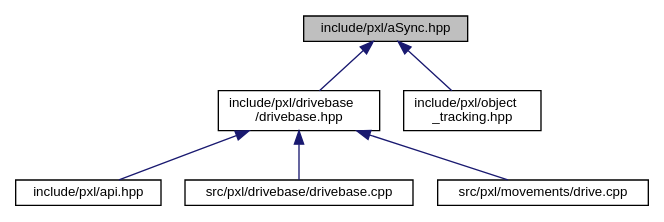
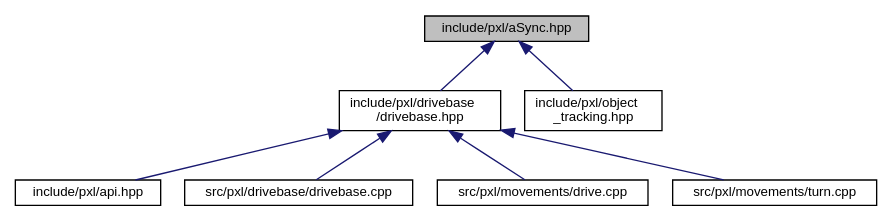
One commit to Pixel-Lib/Pixel changed the diagram in aSync_8hpp__dep__incl.dot. Above: the diagram before and after it, drawn with Graphviz. The commit also changed 232 other files, not shown here.

```diff
--- a/aSync_8hpp__dep__incl.dot
+++ b/aSync_8hpp__dep__incl.dot
@@ -1,17 +1,19 @@
 digraph "include/pxl/aSync.hpp"
 {
  // LATEX_PDF_SIZE
   edge [fontname="Helvetica",fontsize="10",labelfontname="Helvetica",labelfontsize="10"];
   node [fontname="Helvetica",fontsize="10",shape=record];
   Node1 [label="include/pxl/aSync.hpp",height=0.2,width=0.4,color="black", fillcolor="grey75", style="filled", fontcolor="black",tooltip=" "];
   Node1 -> Node2 [dir="back",color="midnightblue",fontsize="10",style="solid",fontname="Helvetica"];
   Node2 [label="include/pxl/drivebase\l/drivebase.hpp",height=0.2,width=0.4,color="black", fillcolor="white", style="filled",URL="$drivebase_8hpp.html",tooltip=" "];
   Node2 -> Node3 [dir="back",color="midnightblue",fontsize="10",style="solid",fontname="Helvetica"];
   Node3 [label="include/pxl/api.hpp",height=0.2,width=0.4,color="black", fillcolor="white", style="filled",URL="$api_8hpp.html",tooltip=" "];
   Node2 -> Node4 [dir="back",color="midnightblue",fontsize="10",style="solid",fontname="Helvetica"];
   Node4 [label="src/pxl/drivebase/drivebase.cpp",height=0.2,width=0.4,color="black", fillcolor="white", style="filled",URL="$drivebase_8cpp.html",tooltip=" "];
   Node2 -> Node5 [dir="back",color="midnightblue",fontsize="10",style="solid",fontname="Helvetica"];
   Node5 [label="src/pxl/movements/drive.cpp",height=0.2,width=0.4,color="black", fillcolor="white", style="filled",URL="$drive_8cpp.html",tooltip=" "];
-  Node1 -> Node6 [dir="back",color="midnightblue",fontsize="10",style="solid",fontname="Helvetica"];
-  Node6 [label="include/pxl/object\l_tracking.hpp",height=0.2,width=0.4,color="black", fillcolor="white", style="filled",URL="$object__tracking_8hpp.html",tooltip=" "];
+  Node2 -> Node6 [dir="back",color="midnightblue",fontsize="10",style="solid",fontname="Helvetica"];
+  Node6 [label="src/pxl/movements/turn.cpp",height=0.2,width=0.4,color="black", fillcolor="white", style="filled",URL="$turn_8cpp.html",tooltip=" "];
+  Node1 -> Node7 [dir="back",color="midnightblue",fontsize="10",style="solid",fontname="Helvetica"];
+  Node7 [label="include/pxl/object\l_tracking.hpp",height=0.2,width=0.4,color="black", fillcolor="white", style="filled",URL="$object__tracking_8hpp.html",tooltip=" "];
 }
```
